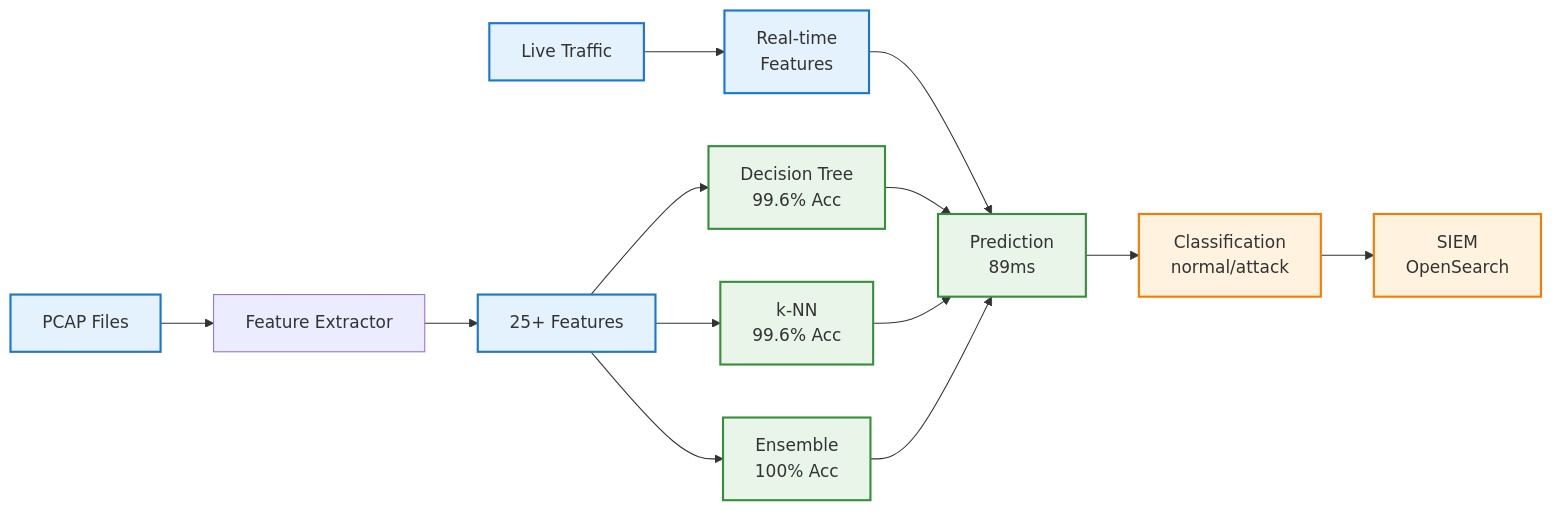
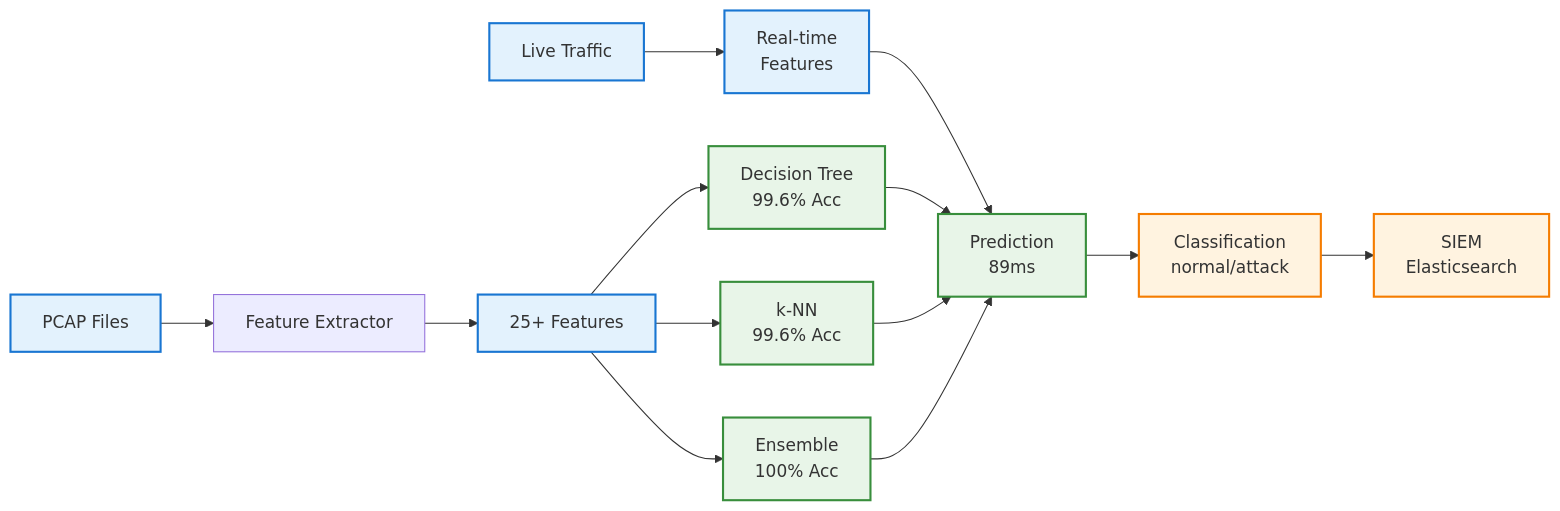
The second of 5 diagrams in README.md (holdennguyen/suricata-ml-ids), drawn with Mermaid before and after one commit. The commit also changed other lines of this file and 6 other files, not shown here.

````diff
--- a/README.md
+++ b/README.md
@@ -125,27 +131,27 @@
 ```mermaid
 flowchart LR
     A[PCAP Files] --> B[Feature Extractor]
     B --> C[25+ Features]
     
     C --> D[Decision Tree<br/>99.6% Acc]
     C --> E[k-NN<br/>99.6% Acc]  
     C --> F[Ensemble<br/>100% Acc]
     
     G[Live Traffic] --> H[Real-time<br/>Features]
     H --> I[Prediction<br/>89ms]
     
     D --> I
     E --> I
     F --> I
     
     I --> J[Classification<br/>normal/attack]
-    J --> K[SIEM<br/>OpenSearch]
+        J --> K[SIEM<br/>Elasticsearch]
     
     classDef data fill:#e3f2fd,stroke:#1976d2,stroke-width:2px
     classDef ml fill:#e8f5e8,stroke:#388e3c,stroke-width:2px
     classDef output fill:#fff3e0,stroke:#f57c00,stroke-width:2px
     
     class A,C,G,H data
     class D,E,F,I ml
     class J,K output
 ```
````
